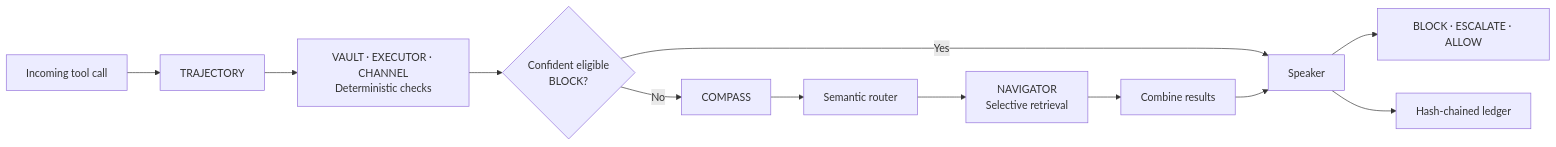
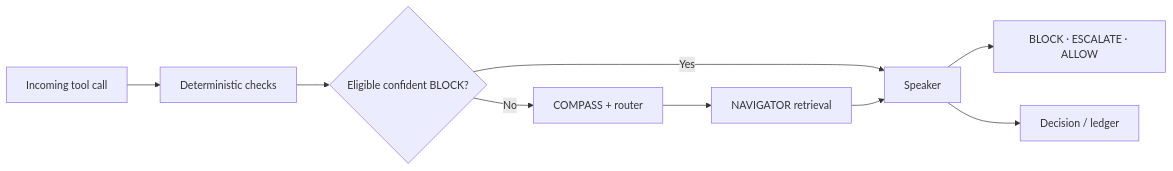
Before and after one commit to Ishani018/Kavach-Revamp: the diagram in README.md, drawn with Mermaid. The commit also changed other lines of this file, not shown here.

````diff
--- a/README.md
+++ b/README.md
@@ -7,14 +7,11 @@
 ```mermaid
 flowchart LR
-    A["Incoming tool call"] --> B["TRAJECTORY"]
-    B --> C["VAULT · EXECUTOR · CHANNEL<br/>Deterministic checks"]
-    C --> D{"Confident eligible<br/>BLOCK?"}
-    D -- Yes --> S["Speaker"]
-    D -- No --> E["COMPASS"]
-    E --> R["Semantic router"]
-    R --> N["NAVIGATOR<br/>Selective retrieval"]
-    N --> M["Combine results"]
-    M --> S
+    A["Incoming tool call"] --> B["Deterministic checks"]
+    B --> C{"Eligible confident BLOCK?"}
+    C -- Yes --> S["Speaker"]
+    C -- No --> D["COMPASS + router"]
+    D --> N["NAVIGATOR retrieval"]
+    N --> S
     S --> V["BLOCK · ESCALATE · ALLOW"]
-    S --> L["Hash-chained ledger"]
+    S --> L["Decision / ledger"]
 ```
````
